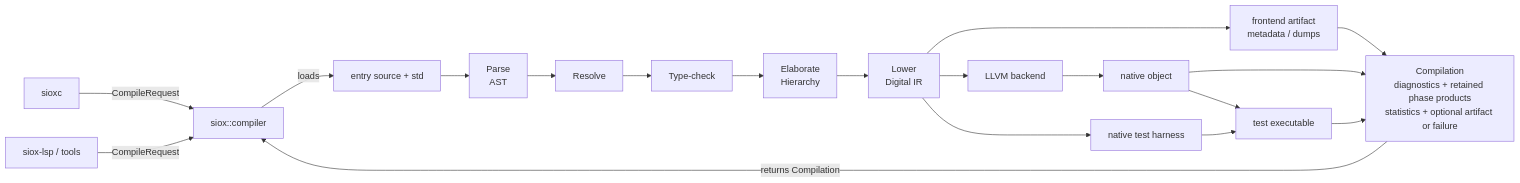
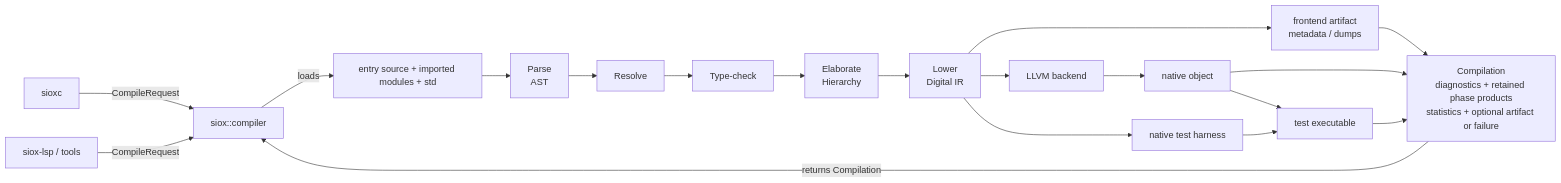
One commit to Siox-lang/sioxc changed the diagram in docs/README.md. Above: the diagram before and after it, drawn with Mermaid. The commit also changed 10 other files, not shown here.

````diff
--- a/docs/README.md
+++ b/docs/README.md
@@ -34,24 +34,24 @@
 ```mermaid
 flowchart LR
     CLI["sioxc"] -->|CompileRequest| API["siox::compiler"]
     LSP["siox-lsp / tools"] -->|CompileRequest| API
 
-    API -->|loads| SRC["entry source + std"]
+    API -->|loads| SRC["entry source + imported modules + std"]
     SRC --> AST["Parse<br/>AST"]
     AST --> RES["Resolve"]
     RES --> TYPE["Type-check"]
     TYPE --> ELAB["Elaborate<br/>Hierarchy"]
     ELAB --> IR["Lower<br/>Digital IR"]
 
     IR --> FRONT["frontend artifact<br/>metadata / dumps"]
     IR --> LLVM["LLVM backend"]
     IR --> HARNESS["native test harness"]
     LLVM --> OBJ["native object"]
     OBJ --> TEST["test executable"]
     HARNESS --> TEST
 
     FRONT --> RESULT["Compilation<br/>diagnostics + retained phase products<br/>statistics + optional artifact or failure"]
     OBJ --> RESULT
     TEST --> RESULT
     RESULT -->|returns Compilation| API
 ```
````
